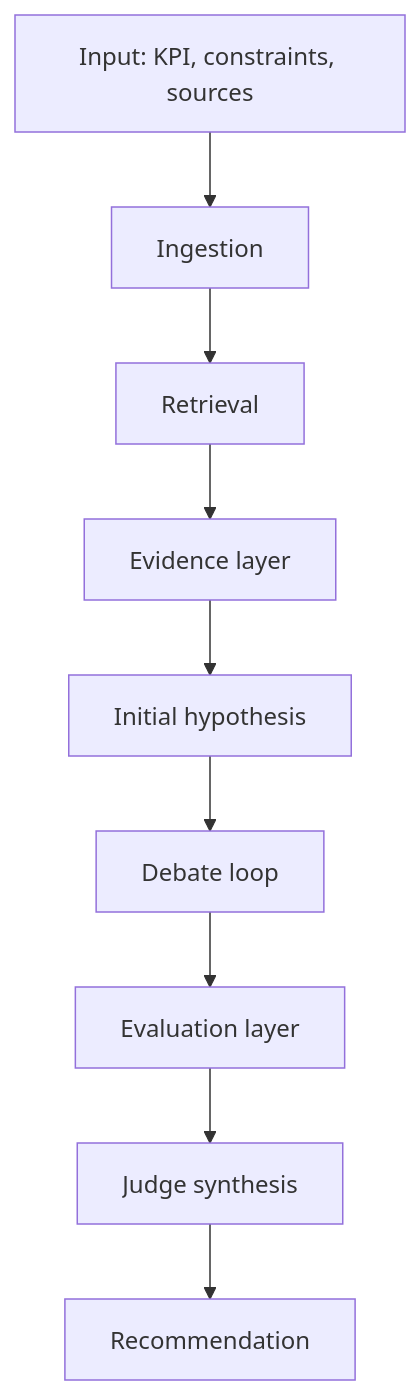
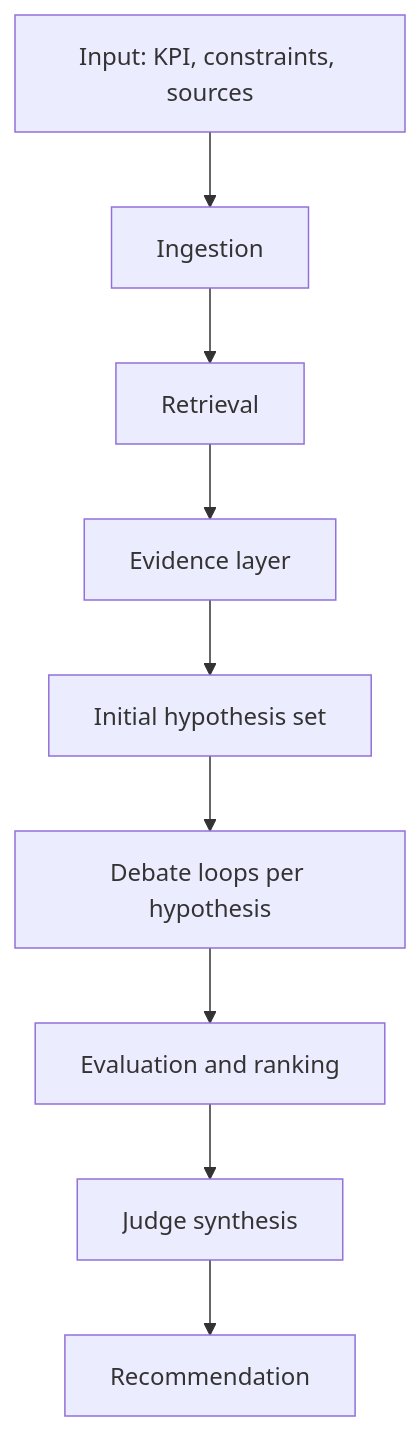
The diagram in docs/product/03-Hypothesis-Pipeline.md (KroJIak/hypothesis-court), drawn with Mermaid before and after one commit. The commit also changed other lines of this file and 29 other files, not shown here.

````diff
--- a/docs/product/03-Hypothesis-Pipeline.md
+++ b/docs/product/03-Hypothesis-Pipeline.md
@@ -15,11 +15,11 @@
 ```mermaid
 flowchart TD
     A[Input: KPI, constraints, sources] --> B[Ingestion]
     B --> C[Retrieval]
     C --> D[Evidence layer]
-    D --> E[Initial hypothesis]
-    E --> F[Debate loop]
-    F --> G[Evaluation layer]
+    D --> E[Initial hypothesis set]
+    E --> F[Debate loops per hypothesis]
+    F --> G[Evaluation and ranking]
     G --> H[Judge synthesis]
     H --> I[Recommendation]
 ```
````
